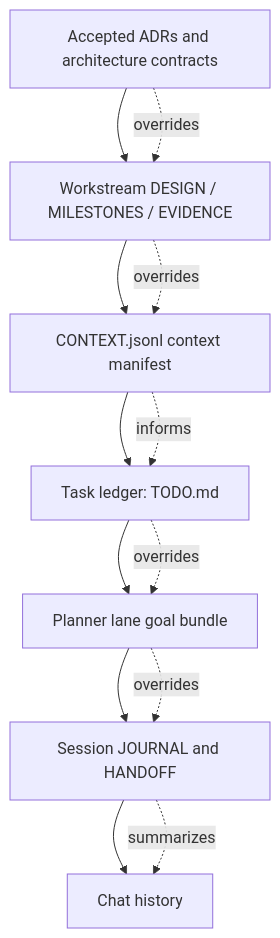
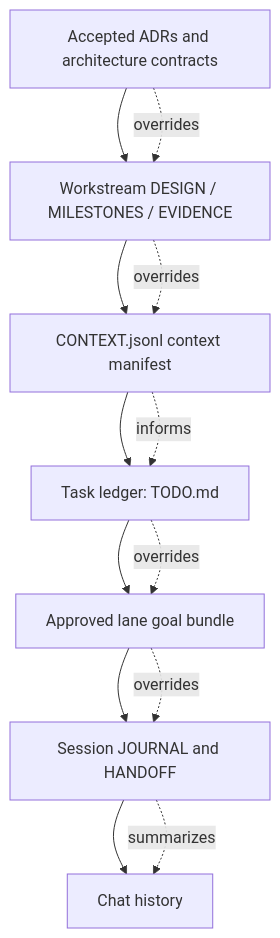
One commit to Latias94/dev-skills changed the second of 3 diagrams in docs/workflow.md. Above: the diagram before and after it, drawn with Mermaid. The commit also changed other lines of this file and 53 other files, not shown here.

````diff
--- a/docs/workflow.md
+++ b/docs/workflow.md
@@ -83,16 +83,16 @@
 ```mermaid
 flowchart TD
   ADR[Accepted ADRs and architecture contracts] --> Design[Workstream DESIGN / MILESTONES / EVIDENCE]
   Design --> Context[CONTEXT.jsonl context manifest]
   Context --> Ledger[Task ledger: TODO.md]
-  Ledger --> Bundle[Planner lane goal bundle]
+  Ledger --> Bundle[Approved lane goal bundle]
   Bundle --> Journal[Session JOURNAL and HANDOFF]
   Journal --> Chat[Chat history]
 
   ADR -. overrides .-> Design
   Design -. overrides .-> Context
   Context -. informs .-> Ledger
   Ledger -. overrides .-> Bundle
   Bundle -. overrides .-> Journal
   Journal -. summarizes .-> Chat
 ```
````
